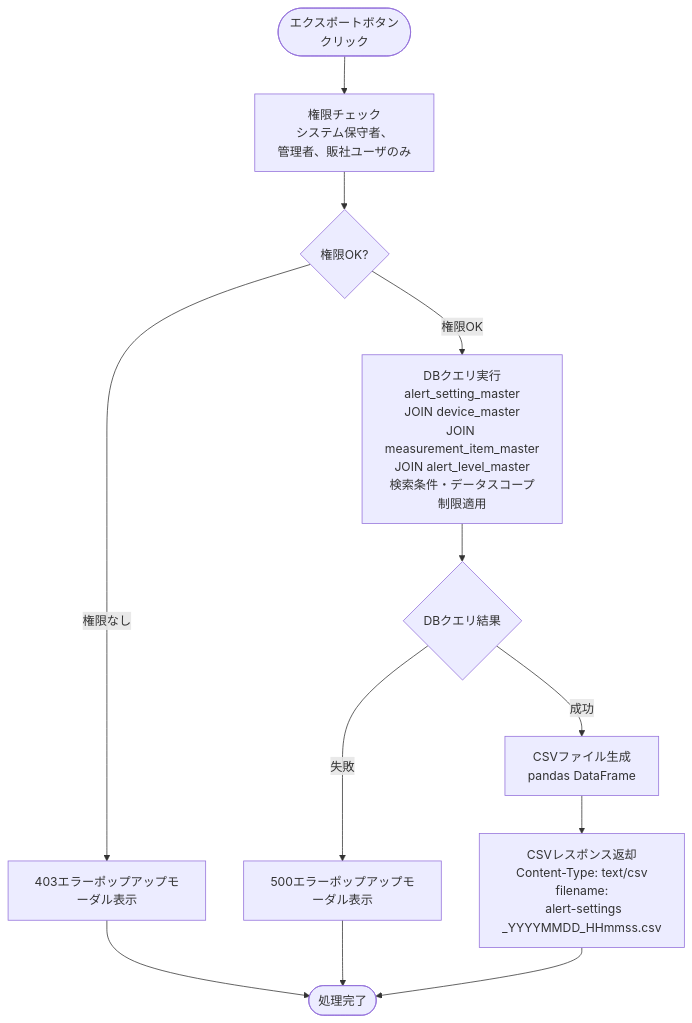
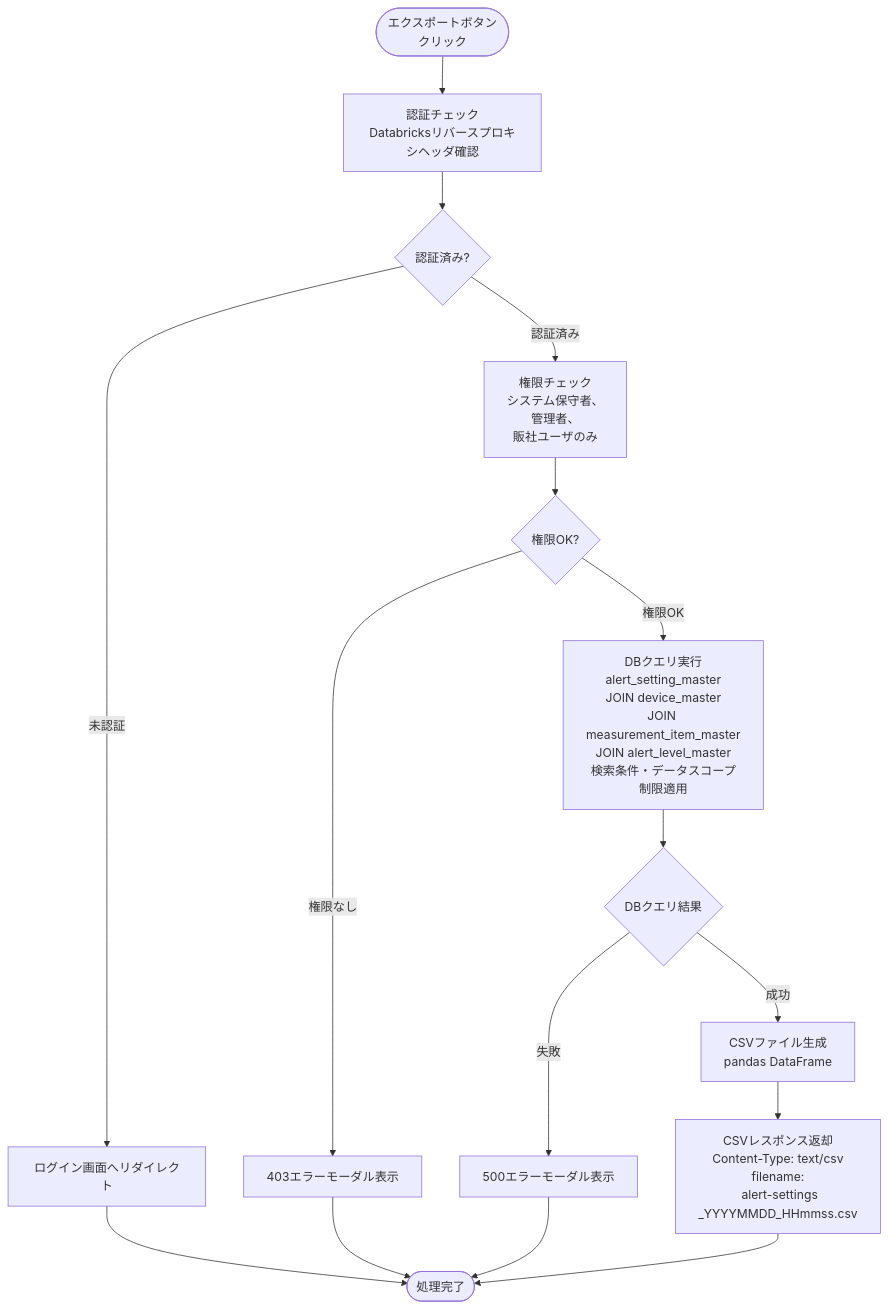
Before and after one commit to NSW-SVCP-AIWG002/Databricks-IoT: the ninth of 9 diagrams in docs/03-features/flask-app/alert-settings/workflow-specification.md, drawn with Mermaid. The commit also changed other lines of this file and 2 other files, not shown here.

````diff
--- a/docs/03-features/flask-app/alert-settings/workflow-specification.md
+++ b/docs/03-features/flask-app/alert-settings/workflow-specification.md
@@ -697,18 +753,23 @@
 ```mermaid
 flowchart TD
-    Start([エクスポートボタン<br>クリック]) --> Permission[権限チェック<br>システム保守者、<br>管理者、販社ユーザのみ]
+    Start([エクスポートボタン<br>クリック]) --> Auth[認証チェック<br>Databricksリバースプロキシヘッダ確認]
+    Auth --> CheckAuth{認証済み?}
+    CheckAuth -->|未認証| Error401[ログイン画面へリダイレクト]
+    Error401 --> End([処理完了])
+
+    CheckAuth -->|認証済み| Permission[権限チェック<br>システム保守者、<br>管理者、<br>販社ユーザのみ]
     Permission --> CheckPerm{権限OK?}
 
-    CheckPerm -->|権限なし| Error403[403エラーポップアップモーダル表示]
+    CheckPerm -->|権限なし| Error403[403エラーモーダル表示]
     Error403 --> End
 
     CheckPerm -->|権限OK| Query[DBクエリ実行<br>alert_setting_master<br>JOIN device_master<br>JOIN measurement_item_master<br>JOIN alert_level_master<br>検索条件・データスコープ制限適用]
     Query --> CheckDB{DBクエリ結果}
-    
-    CheckDB -->|失敗| Error500[500エラーポップアップモーダル表示]
+
+    CheckDB -->|失敗| Error500[500エラーモーダル表示]
     Error500 --> End
 
     CheckDB -->|成功| Generate[CSVファイル生成<br>pandas DataFrame]
     Generate --> Response[CSVレスポンス返却<br>Content-Type: text/csv<br>filename:<br> alert-settings<br>_YYYYMMDD_HHmmss.csv]
-    Response --> End([処理完了])
+    Response --> End
 ```
````
